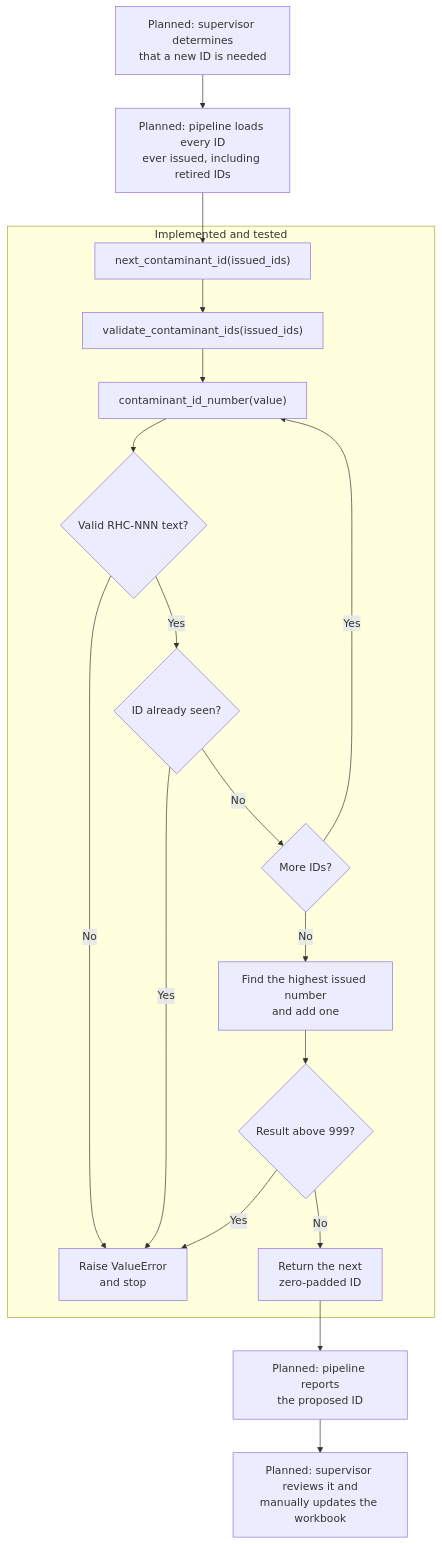
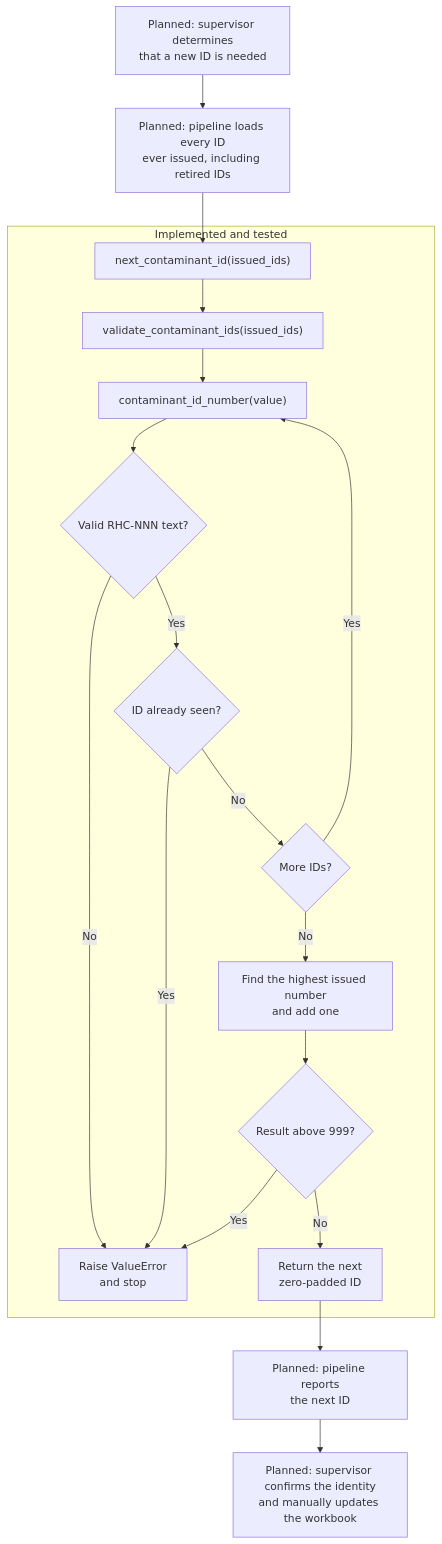
One commit to alemarieceria/red_hill_contaminant_glossary_app changed the diagram in data_pipeline/docs/components/immutable_contaminant_identifiers.md. Above: the diagram before and after it, drawn with Mermaid. The commit also changed other lines of this file and 1 other file, not shown here.

Commit message:
docs(data-pipeline): clarify ID format and implementation tasks

````diff
--- a/data_pipeline/docs/components/immutable_contaminant_identifiers.md
+++ b/data_pipeline/docs/components/immutable_contaminant_identifiers.md
@@ -52,34 +50,34 @@
 ```mermaid
 flowchart TD
     A["Planned: supervisor determines<br/>that a new ID is needed"]
     B["Planned: pipeline loads every ID<br/>ever issued, including retired IDs"]
 
     subgraph implemented [Implemented and tested]
         C["next_contaminant_id(issued_ids)"]
         D["validate_contaminant_ids(issued_ids)"]
         E["contaminant_id_number(value)"]
         F{"Valid RHC-NNN text?"}
         G["Raise ValueError<br/>and stop"]
         H{"ID already seen?"}
         I{"More IDs?"}
         J["Find the highest issued number<br/>and add one"]
         K{"Result above 999?"}
         L["Return the next<br/>zero-padded ID"]
 
         C --> D --> E --> F
         F -- No --> G
         F -- Yes --> H
         H -- Yes --> G
         H -- No --> I
         I -- Yes --> E
         I -- No --> J --> K
         K -- Yes --> G
         K -- No --> L
     end
 
-    M["Planned: pipeline reports<br/>the proposed ID"]
-    N["Planned: supervisor reviews it and<br/>manually updates the workbook"]
+    M["Planned: pipeline reports<br/>the next ID"]
+    N["Planned: supervisor confirms the identity<br/>and manually updates the workbook"]
 
     A --> B --> C
     L --> M --> N
 ```
````
